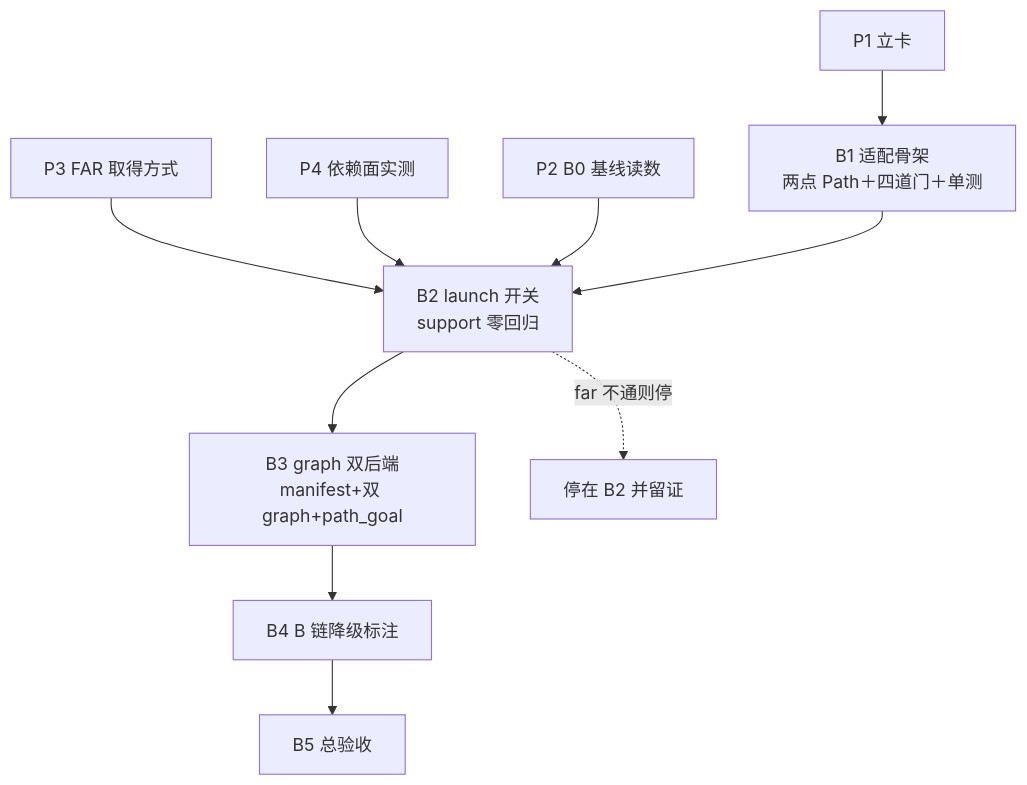
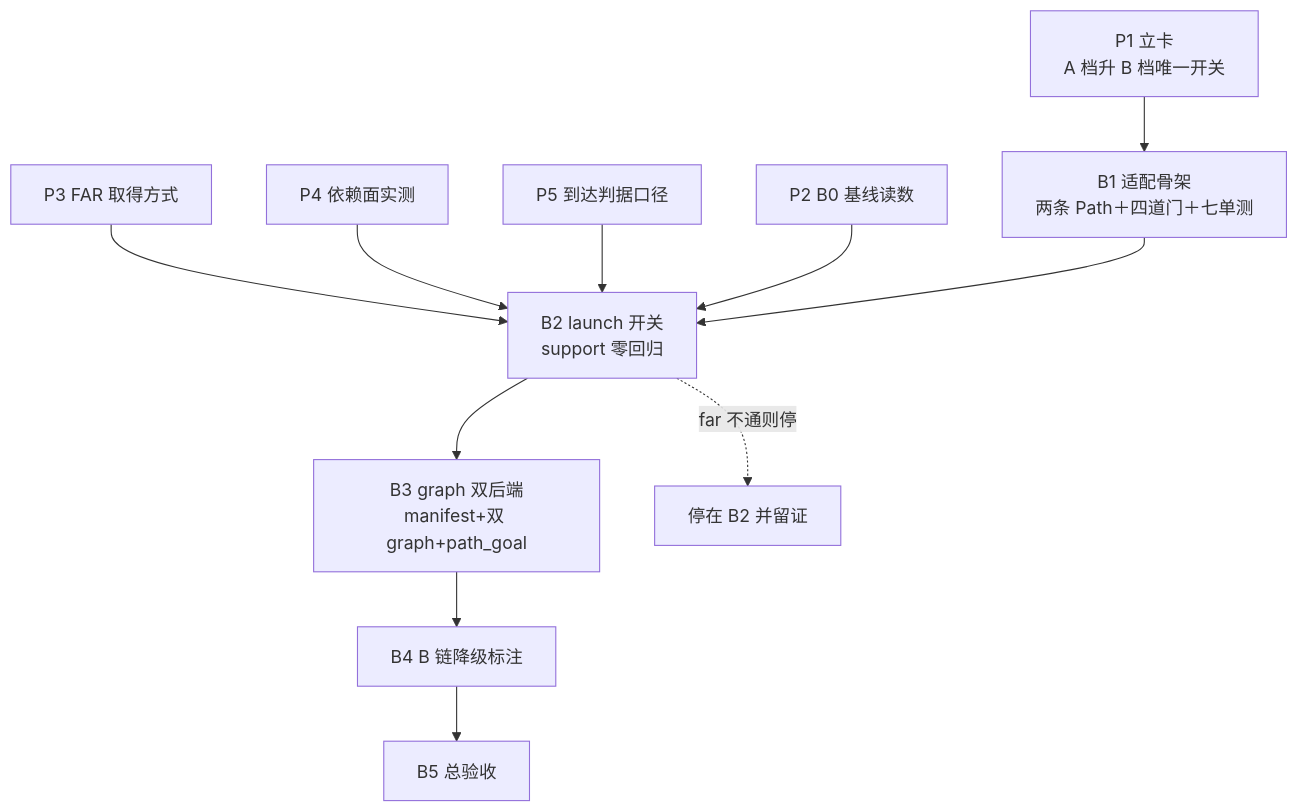
The diagram in note/架构/下一阶段任务计划_2026-11-22.md (javencpdd/ros1-slam), drawn with Mermaid before and after one commit. The commit also changed other lines of this file, not shown here.

````diff
--- a/note/架构/下一阶段任务计划_2026-11-22.md
+++ b/note/架构/下一阶段任务计划_2026-11-22.md
@@ -384,12 +512,13 @@
 ```mermaid
 flowchart TD
-  P1["P1 立卡"] --> B1
+  P1["P1 立卡<br/>A 档升 B 档唯一开关"] --> B1
   P3["P3 FAR 取得方式"] --> B2
   P4["P4 依赖面实测"] --> B2
+  P5["P5 到达判据口径"] --> B2
   P2["P2 B0 基线读数"] --> B2
-  B1["B1 适配骨架<br/>两点 Path＋四道门＋单测"] --> B2["B2 launch 开关<br/>support 零回归"]
+  B1["B1 适配骨架<br/>两条 Path＋四道门＋七单测"] --> B2["B2 launch 开关<br/>support 零回归"]
   B2 --> B3["B3 graph 双后端<br/>manifest+双 graph+path_goal"]
   B3 --> B4["B4 B 链降级标注"]
   B4 --> B5["B5 总验收"]
   B2 -.far 不通则停.-> STOP["停在 B2 并留证"]
 ```
````
